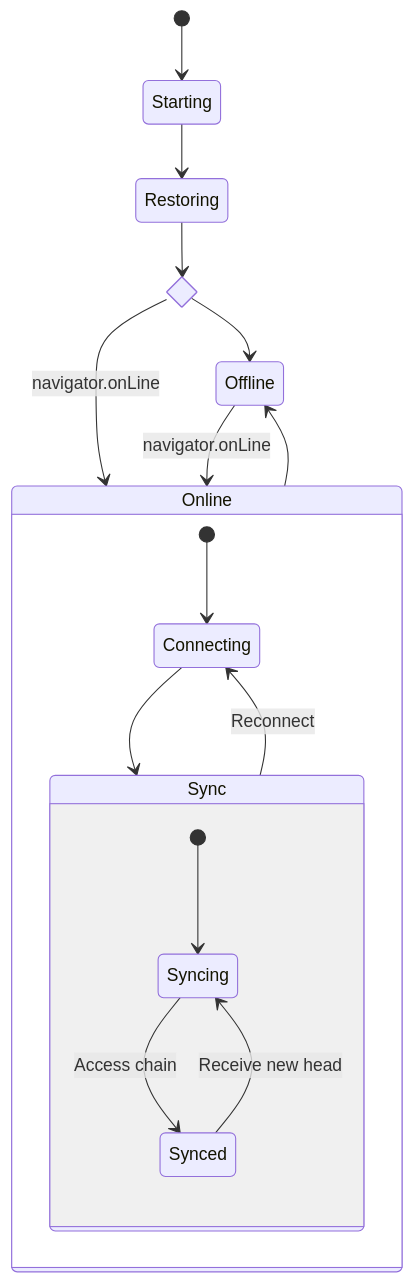
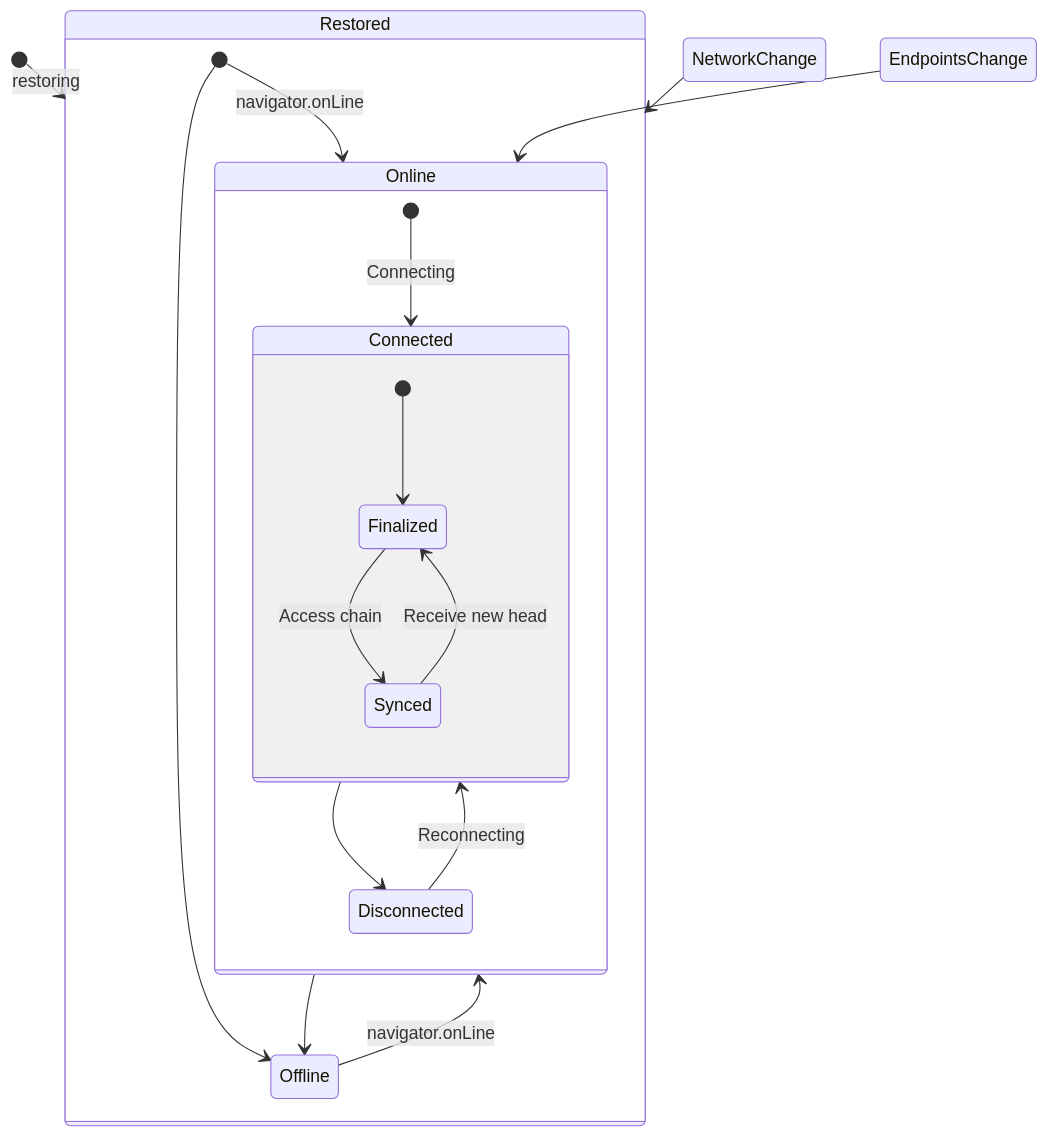
Before and after one commit to paritytech/governance-ui: the diagram in docs/lifecycle.md, drawn with Mermaid. The commit also changed 12 other files, not shown here.

````diff
--- a/docs/lifecycle.md
+++ b/docs/lifecycle.md
@@ -1,21 +1,26 @@
 ```mermaid
 stateDiagram-v2
-    state Connectivity <<choice>>
-    [*] --> Starting
-    Starting --> Restoring
-    Restoring --> Connectivity
-    Connectivity --> Offline
-    Connectivity --> Online : navigator.onLine
-    Offline --> Online : navigator.onLine
-    Online --> Offline
+    [*] --> Restored: restoring
+
+    NetworkChange --> Restored
+
+    EndpointsChange --> Online
+
+    state Restored {
+        [*] --> Offline
+        [*] --> Online : navigator.onLine
+        Offline --> Online : navigator.onLine
+        Online --> Offline
+    }
+
     state Online {
-        [*] --> Connecting
-        Connecting --> Sync
-        Sync --> Connecting : Reconnect
-        state Sync {
-            [*] --> Syncing
-            Syncing --> Synced : Access chain
-            Synced --> Syncing : Receive new head
+        [*] --> Connected: Connecting
+        Connected --> Disconnected
+        Disconnected --> Connected : Reconnecting
+        state Connected {
+            [*] --> Finalized
+            Finalized --> Synced : Access chain
+            Synced --> Finalized : Receive new head
         }
     }
 ```
````
